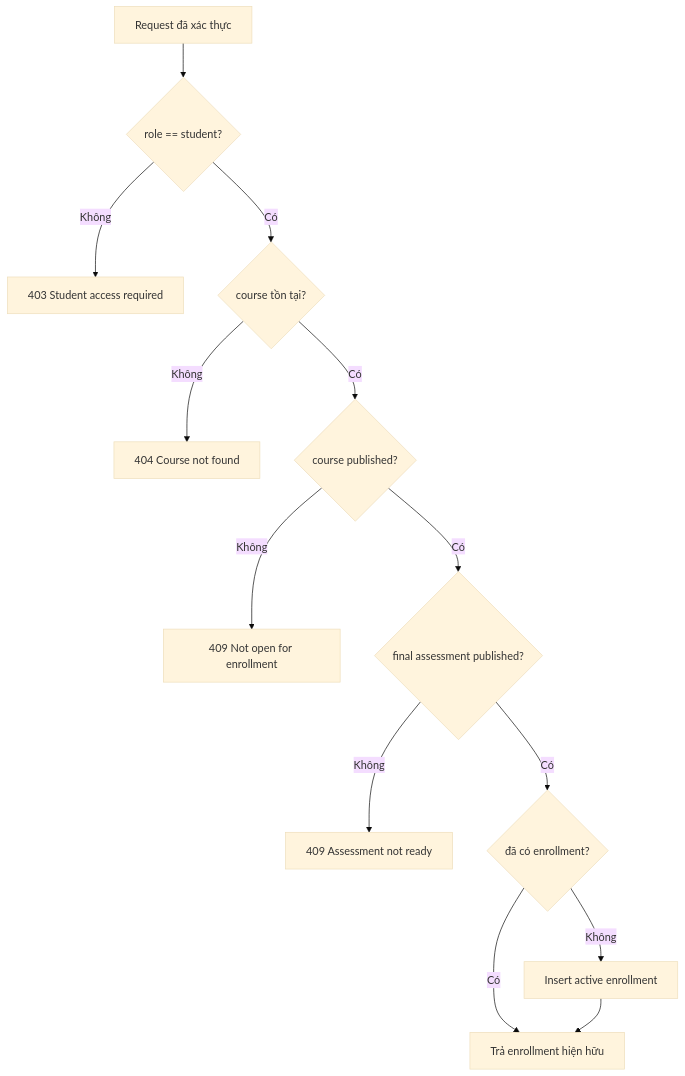
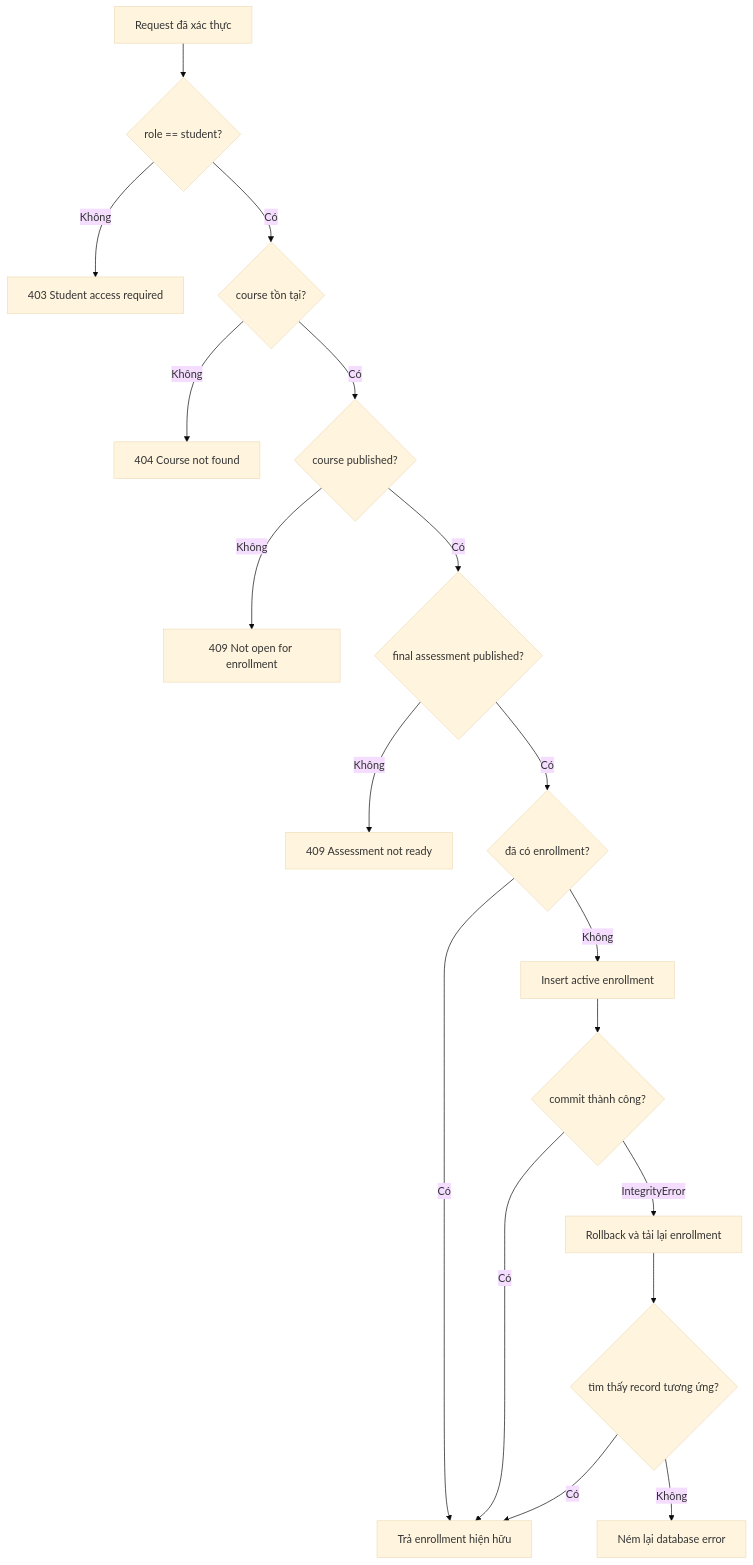
One commit to Songmiluuu/Fcaj-workshop changed the diagram in content/5-Workshop/5.4-Enrollment/_index.vi.md. Above: the diagram before and after it, drawn with Mermaid (base theme). The commit also changed other lines of this file and 74 other files, not shown here.

```diff
--- a/content/5-Workshop/5.4-Enrollment/_index.vi.md
+++ b/content/5-Workshop/5.4-Enrollment/_index.vi.md
@@ -41,15 +41,20 @@
 {{<mermaid>}}
 flowchart TD
     A["Request đã xác thực"] --> B{"role == student?"}
     B -- Không --> X403["403 Student access required"]
     B -- Có --> C{"course tồn tại?"}
     C -- Không --> X404["404 Course not found"]
     C -- Có --> D{"course published?"}
     D -- Không --> X409A["409 Not open for enrollment"]
     D -- Có --> E{"final assessment published?"}
     E -- Không --> X409B["409 Assessment not ready"]
     E -- Có --> F{"đã có enrollment?"}
     F -- Có --> R["Trả enrollment hiện hữu"]
     F -- Không --> I["Insert active enrollment"]
-    I --> R
+    I --> J{"commit thành công?"}
+    J -- Có --> R
+    J -- IntegrityError --> K["Rollback và tải lại enrollment"]
+    K --> L{"tìm thấy record tương ứng?"}
+    L -- Có --> R
+    L -- Không --> XDB["Ném lại database error"]
 {{</mermaid>}}
```
